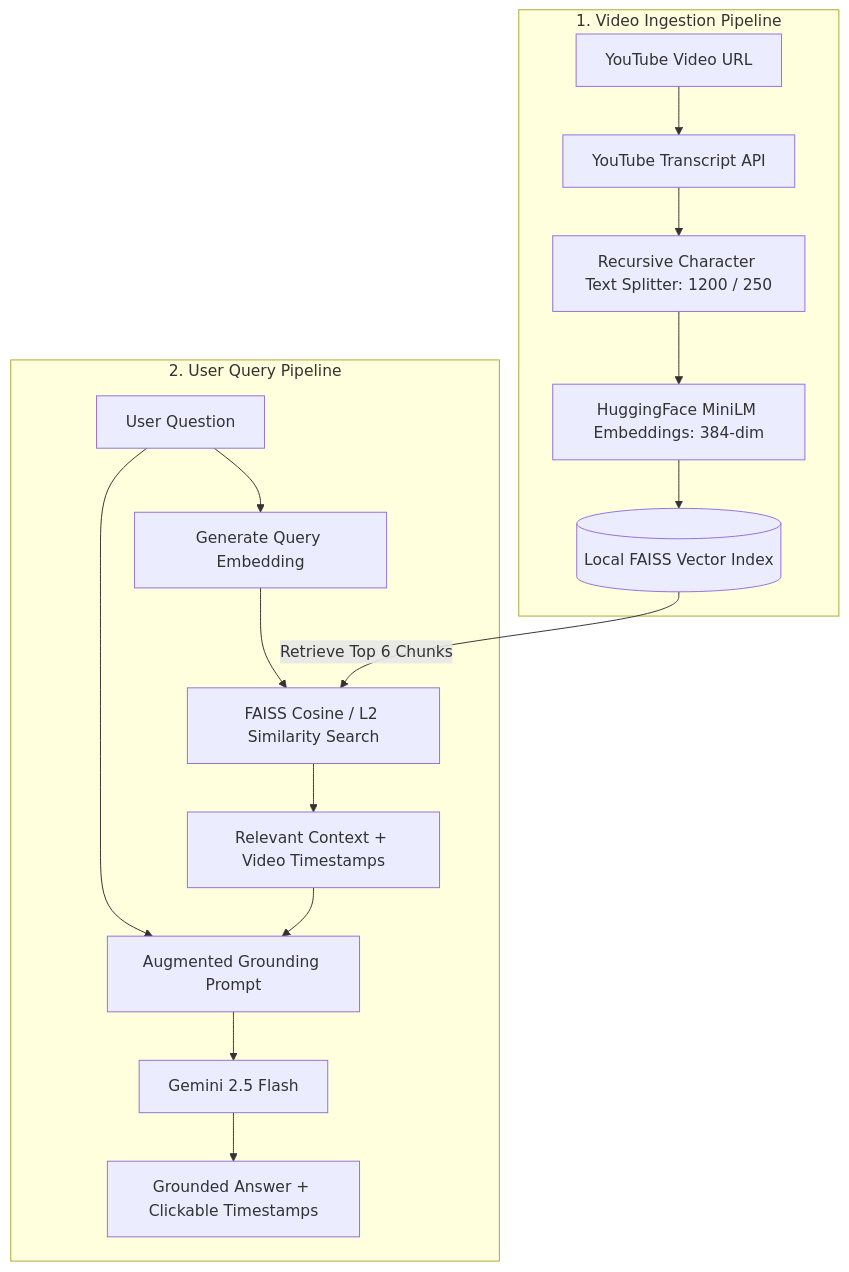
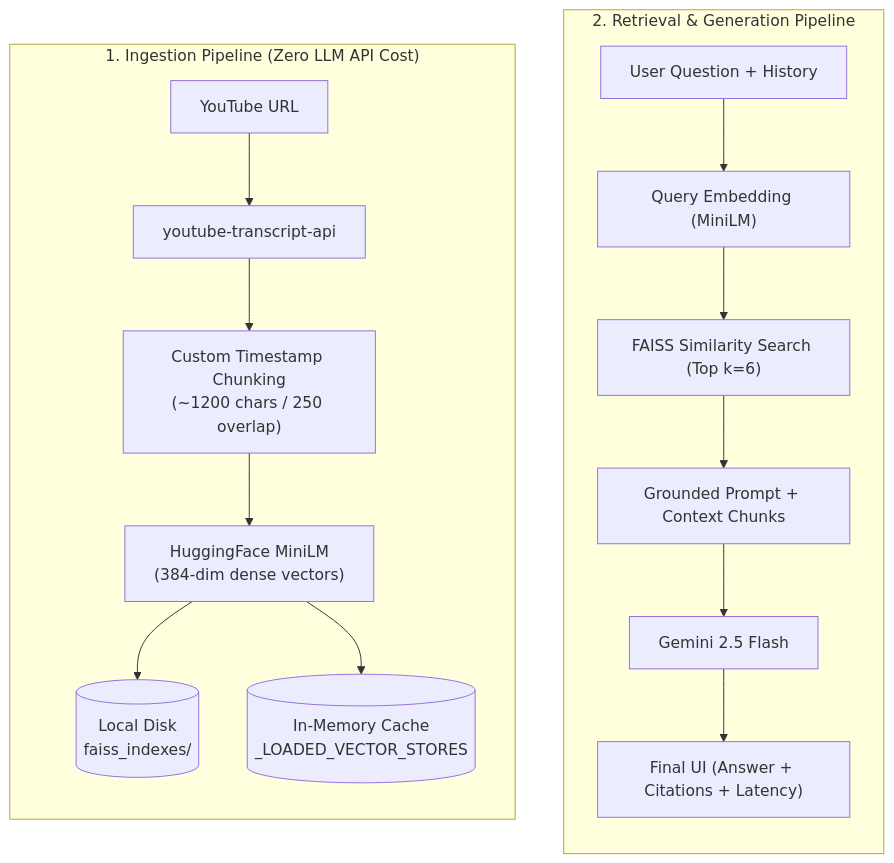
One commit to rohithgowda18/Notes changed the first of 3 diagrams in 09-Projects/YT_ChatBot - RAG Video-Mind AI Revision.md. Above: the diagram before and after it, drawn with Mermaid. The commit also changed other lines of this file, not shown here.

````diff
--- a/09-Projects/YT_ChatBot - RAG Video-Mind AI Revision.md
+++ b/09-Projects/YT_ChatBot - RAG Video-Mind AI Revision.md
@@ -51,20 +51,22 @@
 ```mermaid
-flowchart TD
-    subgraph Ingestion [1. Video Ingestion Pipeline]
-        URL[YouTube Video URL] --> Fetch[YouTube Transcript API]
-        Fetch --> Split[Recursive Character Text Splitter: 1200 / 250]
-        Split --> Embed[HuggingFace MiniLM Embeddings: 384-dim]
-        Embed --> FAISS[(Local FAISS Vector Index)]
+flowchart LR
+    subgraph Ingestion ["1. Ingestion Pipeline (Zero LLM API Cost)"]
+        direction TB
+        URL["YouTube URL"] --> Fetch["youtube-transcript-api"]
+        Fetch --> Chunk["Custom Timestamp Chunking<br/>(~1200 chars / 250 overlap)"]
+        Chunk --> Embed["HuggingFace MiniLM<br/>(384-dim dense vectors)"]
+        Embed --> Disk[("Local Disk<br/>faiss_indexes/")]
+        Embed --> Cache[("In-Memory Cache<br/>_LOADED_VECTOR_STORES")]
     end
 
-    subgraph QueryPipeline [2. User Query Pipeline]
-        Query[User Question] --> QEmbed[Generate Query Embedding]
-        QEmbed --> SimSearch[FAISS Cosine / L2 Similarity Search]
-        FAISS -->|Retrieve Top 6 Chunks| SimSearch
-        SimSearch --> Context[Relevant Context + Video Timestamps]
-        Context --> Prompt[Augmented Grounding Prompt]
-        Query --> Prompt
-        Prompt --> LLM[Gemini 2.5 Flash]
-        LLM --> UI[Grounded Answer + Clickable Timestamps]
+    Ingestion ~~~ Retrieval
+
+    subgraph Retrieval ["2. Retrieval & Generation Pipeline"]
+        direction TB
+        UserQ["User Question + History"] --> QEmbed["Query Embedding (MiniLM)"]
+        QEmbed --> Search["FAISS Similarity Search (Top k=6)"]
+        Search --> Prompt["Grounded Prompt + Context Chunks"]
+        Prompt --> Gemini["Gemini 2.5 Flash"]
+        Gemini --> UI["Final UI (Answer + Citations + Latency)"]
     end
 ```
````
